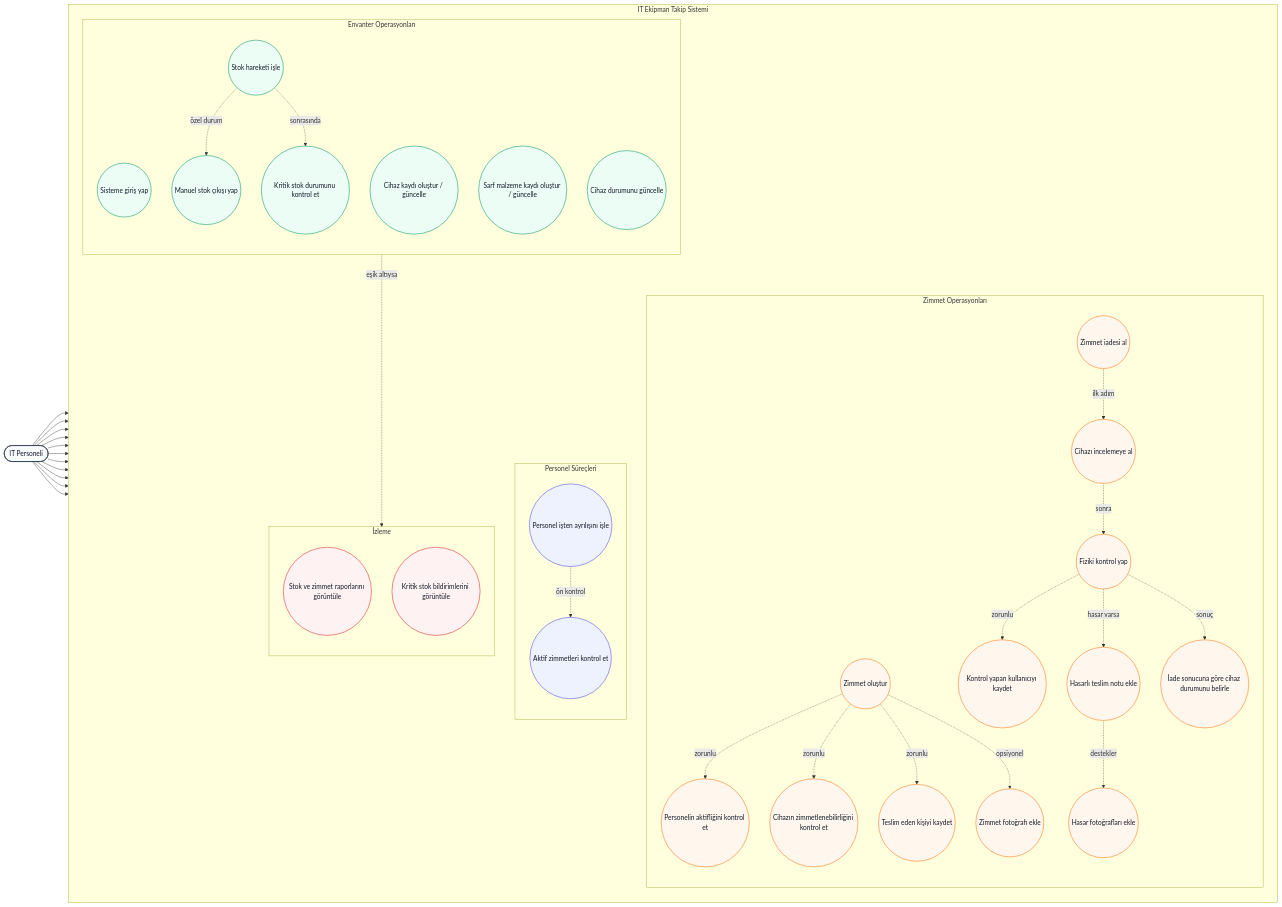
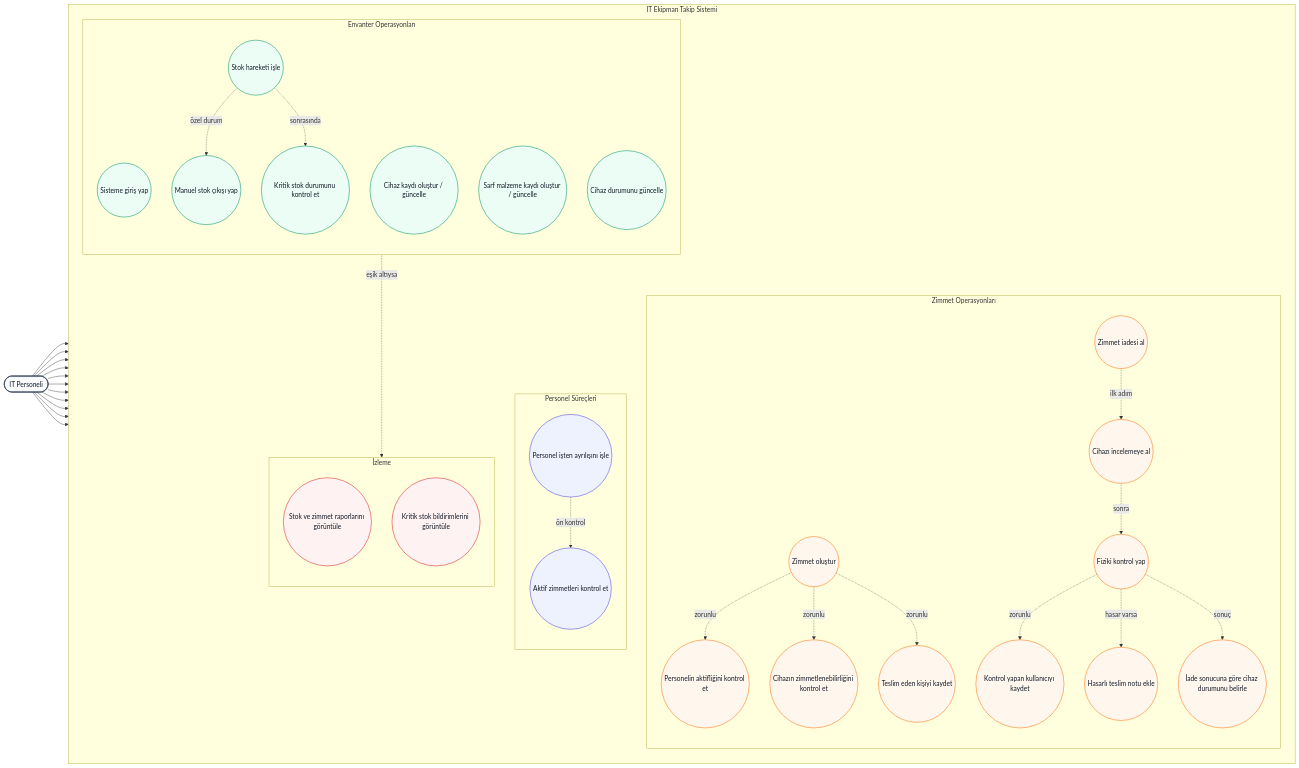
Before and after one commit to fatihdmrc/ITEnvanterTakibiMikroservisProjesi: the diagram in dokümanlar/diyagram kodları/Kullanım Senaryoları/use-case-it-personeli.mmd, drawn with Mermaid. The commit also changed 80 other files, not shown here.

```diff
--- a/dokümanlar/diyagram kodları/Kullanım Senaryoları/use-case-it-personeli.mmd
+++ b/dokümanlar/diyagram kodları/Kullanım Senaryoları/use-case-it-personeli.mmd
@@ -1,89 +1,85 @@
 flowchart LR
     %% IT Personeli aktörü için use-case diyagramı
 
     IT([IT Personeli])
 
     subgraph Sistem["IT Ekipman Takip Sistemi"]
         direction TB
 
         subgraph Envanter["Envanter Operasyonları"]
             direction TB
             UC_Giris(("Sisteme giriş yap"))
             UC_CihazKayit(("Cihaz kaydı oluştur / güncelle"))
             UC_SarfKayit(("Sarf malzeme kaydı oluştur / güncelle"))
             UC_Durum(("Cihaz durumunu güncelle"))
             UC_StokHareket(("Stok hareketi işle"))
             UC_ManuelCikis(("Manuel stok çıkışı yap"))
             UC_KritikKontrol(("Kritik stok durumunu kontrol et"))
         end
 
         subgraph Zimmet["Zimmet Operasyonları"]
             direction TB
             UC_ZimmetOlustur(("Zimmet oluştur"))
             UC_PersonelKontrol(("Personelin aktifliğini kontrol et"))
             UC_CihazKontrol(("Cihazın zimmetlenebilirliğini kontrol et"))
             UC_TeslimEden(("Teslim eden kişiyi kaydet"))
-            UC_ZimmetFoto(("Zimmet fotoğrafı ekle"))
             UC_IadeAl(("Zimmet iadesi al"))
             UC_Inceleme(("Cihazı incelemeye al"))
             UC_FizikiKontrol(("Fiziki kontrol yap"))
             UC_KontrolYapan(("Kontrol yapan kullanıcıyı kaydet"))
             UC_HasarNot(("Hasarlı teslim notu ekle"))
-            UC_HasarFoto(("Hasar fotoğrafları ekle"))
             UC_IadeSonuc(("İade sonucuna göre cihaz durumunu belirle"))
         end
 
         subgraph PersonelSureci["Personel Süreçleri"]
             direction TB
             UC_PersonelAyrilis(("Personel işten ayrılışını işle"))
             UC_AktifZimmet(("Aktif zimmetleri kontrol et"))
         end
 
         subgraph Izleme["İzleme"]
             direction TB
             UC_Rapor(("Stok ve zimmet raporlarını görüntüle"))
             UC_Bildirim(("Kritik stok bildirimlerini görüntüle"))
         end
     end
 
     IT --> UC_Giris
     IT --> UC_CihazKayit
     IT --> UC_SarfKayit
     IT --> UC_Durum
     IT --> UC_StokHareket
     IT --> UC_KritikKontrol
     IT --> UC_ZimmetOlustur
     IT --> UC_IadeAl
     IT --> UC_PersonelAyrilis
     IT --> UC_Rapor
     IT --> UC_Bildirim
 
     UC_StokHareket -. "özel durum" .-> UC_ManuelCikis
     UC_StokHareket -. "sonrasında" .-> UC_KritikKontrol
     UC_KritikKontrol -. "eşik altıysa" .-> UC_Bildirim
 
     UC_ZimmetOlustur -. "zorunlu" .-> UC_PersonelKontrol
     UC_ZimmetOlustur -. "zorunlu" .-> UC_CihazKontrol
     UC_ZimmetOlustur -. "zorunlu" .-> UC_TeslimEden
-    UC_ZimmetOlustur -. "opsiyonel" .-> UC_ZimmetFoto
 
     UC_IadeAl -. "ilk adım" .-> UC_Inceleme
     UC_Inceleme -. "sonra" .-> UC_FizikiKontrol
     UC_FizikiKontrol -. "zorunlu" .-> UC_KontrolYapan
     UC_FizikiKontrol -. "hasar varsa" .-> UC_HasarNot
-    UC_HasarNot -. "destekler" .-> UC_HasarFoto
     UC_FizikiKontrol -. "sonuç" .-> UC_IadeSonuc
 
     UC_PersonelAyrilis -. "ön kontrol" .-> UC_AktifZimmet
 
     classDef actor fill:#f8fafc,stroke:#334155,stroke-width:1.6px,color:#0f172a;
     classDef inventory fill:#ecfdf5,stroke:#059669,stroke-width:1.3px,color:#111827;
     classDef assignment fill:#fff7ed,stroke:#f97316,stroke-width:1.3px,color:#111827;
     classDef personel fill:#eef2ff,stroke:#4f46e5,stroke-width:1.3px,color:#111827;
     classDef monitor fill:#fef2f2,stroke:#dc2626,stroke-width:1.3px,color:#111827;
 
     class IT actor;
     class UC_Giris,UC_CihazKayit,UC_SarfKayit,UC_Durum,UC_StokHareket,UC_ManuelCikis,UC_KritikKontrol inventory;
-    class UC_ZimmetOlustur,UC_PersonelKontrol,UC_CihazKontrol,UC_TeslimEden,UC_ZimmetFoto,UC_IadeAl,UC_Inceleme,UC_FizikiKontrol,UC_KontrolYapan,UC_HasarNot,UC_HasarFoto,UC_IadeSonuc assignment;
+    class UC_ZimmetOlustur,UC_PersonelKontrol,UC_CihazKontrol,UC_TeslimEden,UC_IadeAl,UC_Inceleme,UC_FizikiKontrol,UC_KontrolYapan,UC_HasarNot,UC_IadeSonuc assignment;
     class UC_PersonelAyrilis,UC_AktifZimmet personel;
     class UC_Rapor,UC_Bildirim monitor;
```
